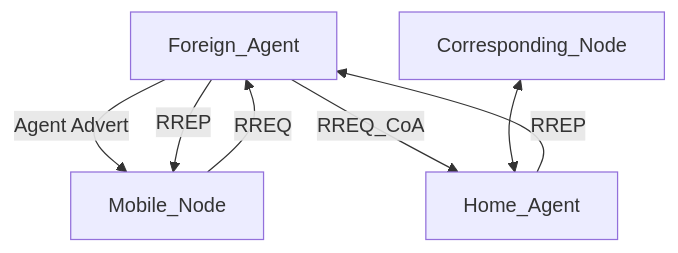
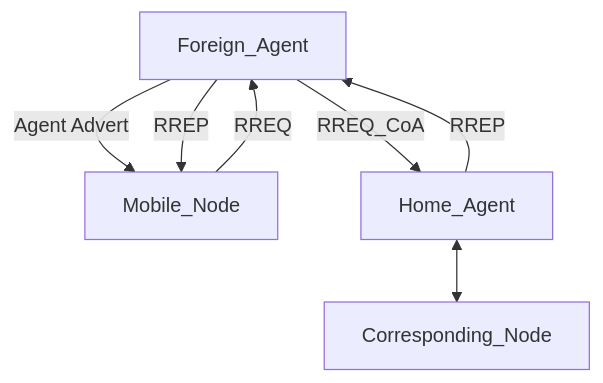
One commit to juakali-networks/mip changed the diagram in README.md. Above: the diagram before and after it, drawn with Mermaid.

Commit message:
Added diagram to ReadMe

````diff
--- a/README.md
+++ b/README.md
@@ -26,9 +26,9 @@
 ```mermaid
 flowchart TD;
     Foreign_Agent-->|Agent Advert|Mobile_Node;
     Mobile_Node-->|RREQ|Foreign_Agent;
     Foreign_Agent-->|RREP|Mobile_Node;
     Foreign_Agent-->|RREQ_CoA|Home_Agent;
     Home_Agent-->|RREP|Foreign_Agent;
-    Corresponding_Node<-->Home_Agent;
+    Home_Agent<-->Corresponding_Node;
 ```
````
